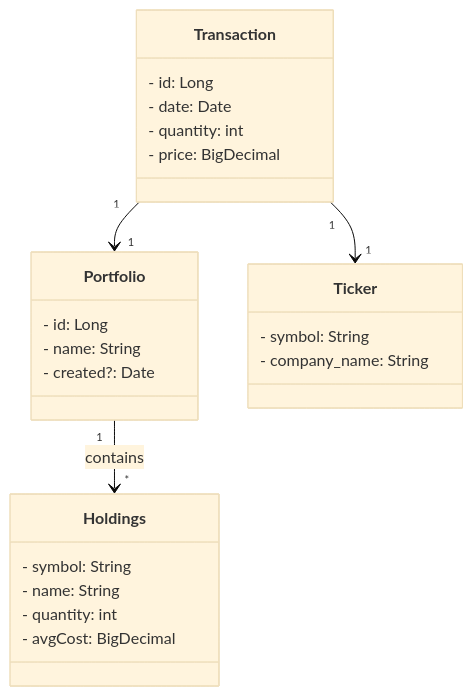
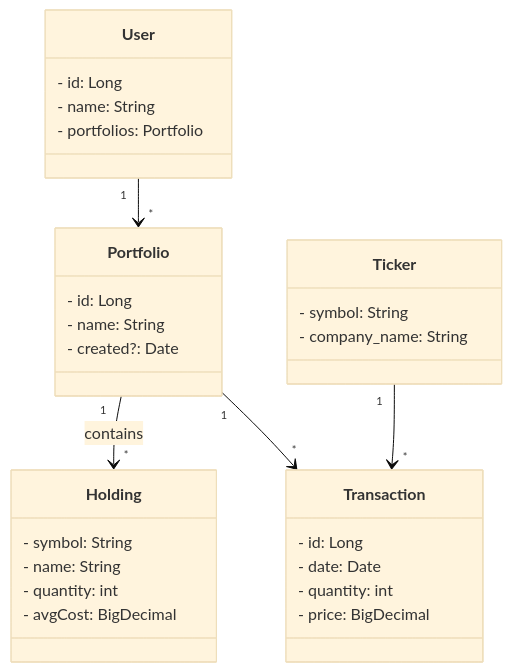
The diagram in README.md (DuarteMCSilva/stock-echoes-server), drawn with Mermaid (base theme) before and after one commit.

Commit message:
Update documentation with user

`````diff
--- a/README.md
+++ b/README.md
@@ -2,33 +2,40 @@
 ````mermaid
 classDiagram
+    class User {
+        - id: Long
+        - name: String
+        - portfolios: Portfolio
+    }
+
     class Portfolio {
         - id: Long
         - name: String
         - created?: Date
     }
 
     class Ticker {
         - symbol: String
         - company_name: String
     }
 
-    class Holdings {
+    class Holding {
         - symbol: String
         - name: String
         - quantity: int
         - avgCost: BigDecimal
     }
 
     class Transaction {
         - id: Long
         - date: Date
         - quantity: int
         - price: BigDecimal
     }
 
     %% Relationships
 
-    Portfolio "1" --> "*" Holdings : contains
-    Transaction "1" --> "1" Portfolio
-    Transaction "1" --> "1" Ticker
+    User "1" --> "*" Portfolio
+    Portfolio "1" --> "*" Holding : contains
+    Portfolio "1" --> "*" Transaction
+    Ticker "1" --> "*" Transaction
 ````
`````
